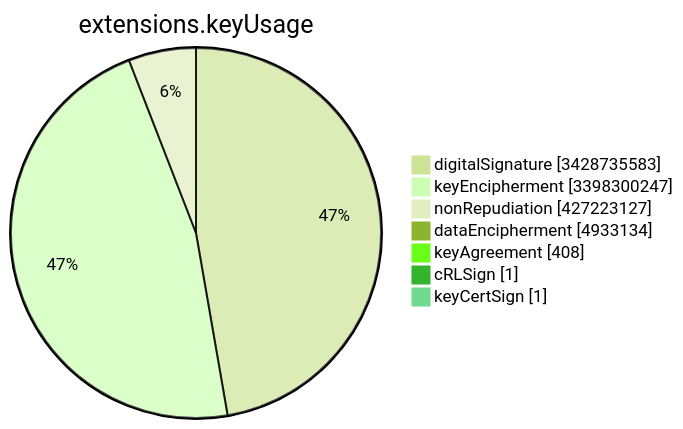
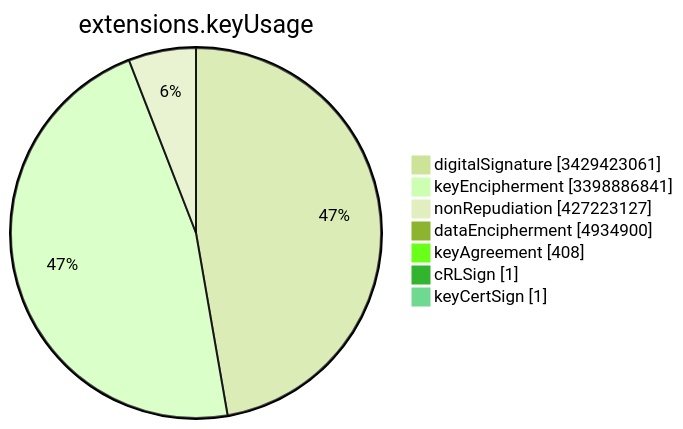
The sixth of 15 diagrams in TOTAL/README.md (christiankrug/ctmonitor_visualization), drawn with Mermaid (forest theme) before and after one commit. The commit also changed other lines of this file, not shown here.

````diff
--- a/TOTAL/README.md
+++ b/TOTAL/README.md
@@ -3081,11 +3081,11 @@
 ```mermaid
 pie showData
 title extensions.keyUsage
-"digitalSignature" :3428735583
-"keyEncipherment" :3398300247
+"digitalSignature" :3429423061
+"keyEncipherment" :3398886841
 "nonRepudiation" :427223127
-"dataEncipherment" :4933134
+"dataEncipherment" :4934900
 "keyAgreement" :408
 "cRLSign" :1
 "keyCertSign" :1
 ```
````
